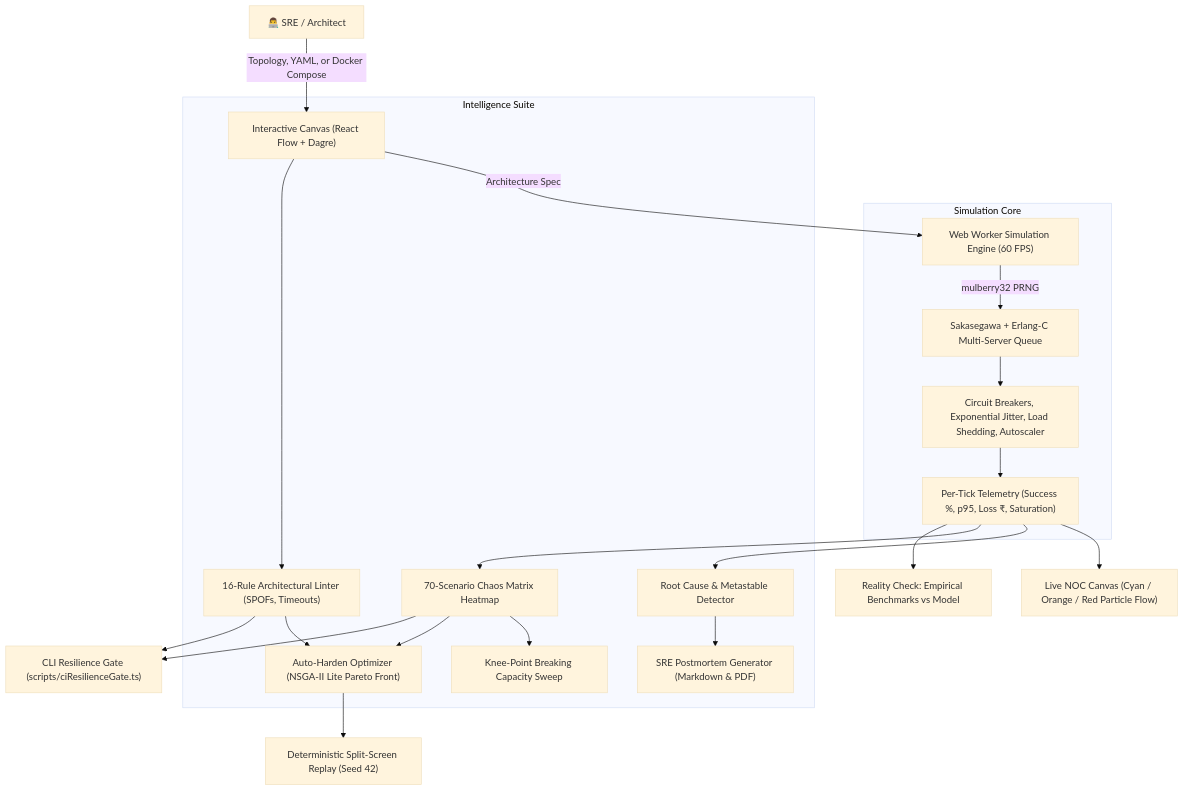
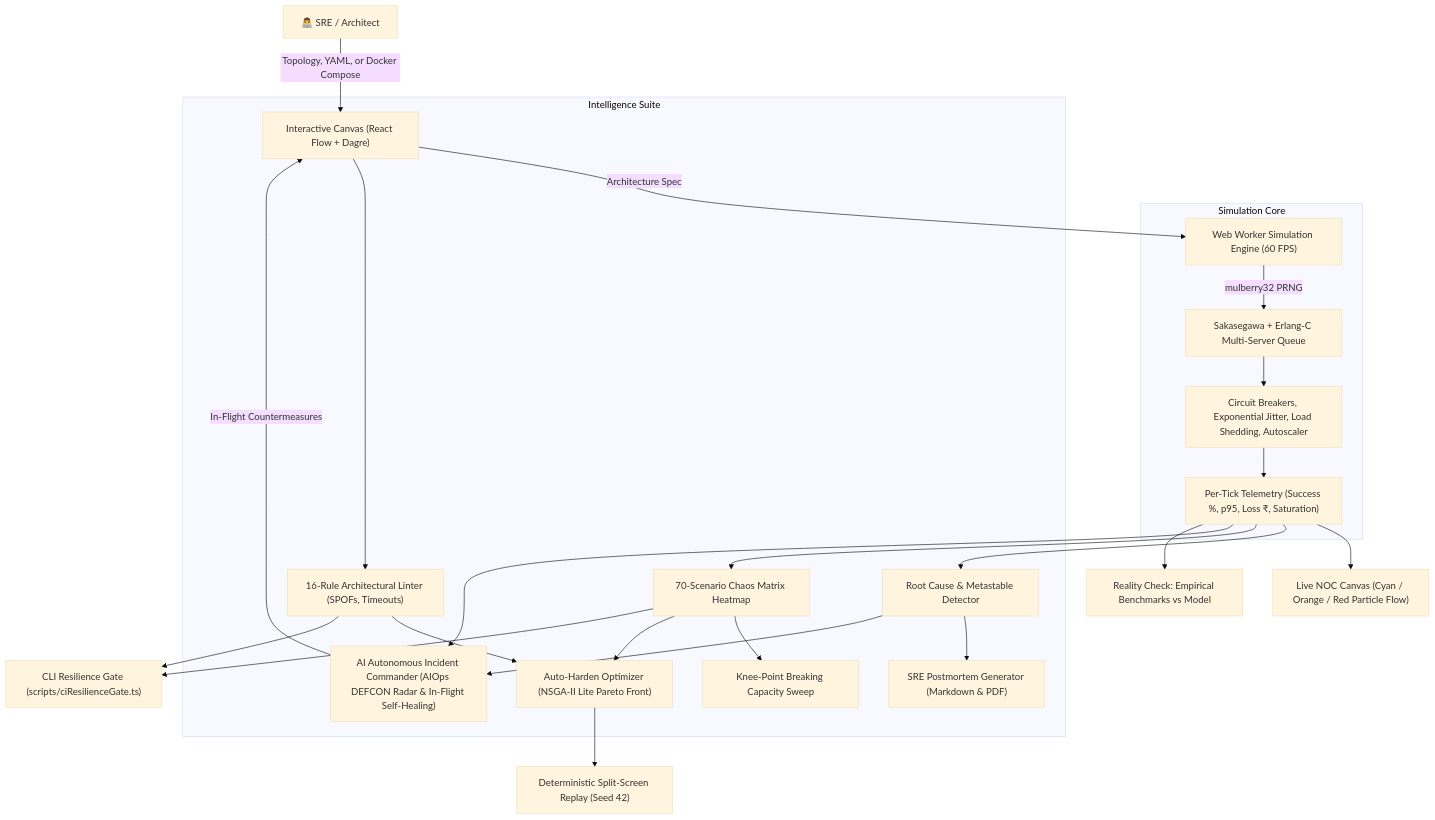
Before and after one commit to Nischay912/CascadeLab: the diagram in README.md, drawn with Mermaid (base theme). The commit also changed other lines of this file, not shown here.

````diff
--- a/README.md
+++ b/README.md
@@ -49,26 +49,28 @@
 ```mermaid
 flowchart TD
     User["👨‍💻 SRE / Architect"] -->|Topology, YAML, or Docker Compose| Canvas["Interactive Canvas (React Flow + Dagre)"]
     Canvas -->|Architecture Spec| Worker["Web Worker Simulation Engine (60 FPS)"]
 
     subgraph Simulation Core
         Worker -->|mulberry32 PRNG| QueuingMath["Sakasegawa + Erlang-C Multi-Server Queue"]
         QueuingMath --> Mechanisms["Circuit Breakers, Exponential Jitter, Load Shedding, Autoscaler"]
         Mechanisms --> Telemetry["Per-Tick Telemetry (Success %, p95, Loss ₹, Saturation)"]
     end
 
     Telemetry --> LiveViz["Live NOC Canvas (Cyan / Orange / Red Particle Flow)"]
     Telemetry --> AnalysisEngine["Root Cause & Metastable Detector"]
     
     subgraph Intelligence Suite
         Canvas --> StaticLinter["16-Rule Architectural Linter (SPOFs, Timeouts)"]
         Telemetry --> ChaosSuite["70-Scenario Chaos Matrix Heatmap"]
         ChaosSuite --> CapacityCliff["Knee-Point Breaking Capacity Sweep"]
         AnalysisEngine --> PostmortemGen["SRE Postmortem Generator (Markdown & PDF)"]
         StaticLinter & ChaosSuite --> Optimizer["Auto-Harden Optimizer (NSGA-II Lite Pareto Front)"]
+        Telemetry & AnalysisEngine --> AICommander["AI Autonomous Incident Commander (AIOps DEFCON Radar & In-Flight Self-Healing)"]
     end
 
     Optimizer --> SplitScreen["Deterministic Split-Screen Replay (Seed 42)"]
+    AICommander -->|In-Flight Countermeasures| Canvas
     Telemetry --> RealityCheck["Reality Check: Empirical Benchmarks vs Model"]
     StaticLinter & ChaosSuite --> CIGate["CLI Resilience Gate (scripts/ciResilienceGate.ts)"]
 ```
````
